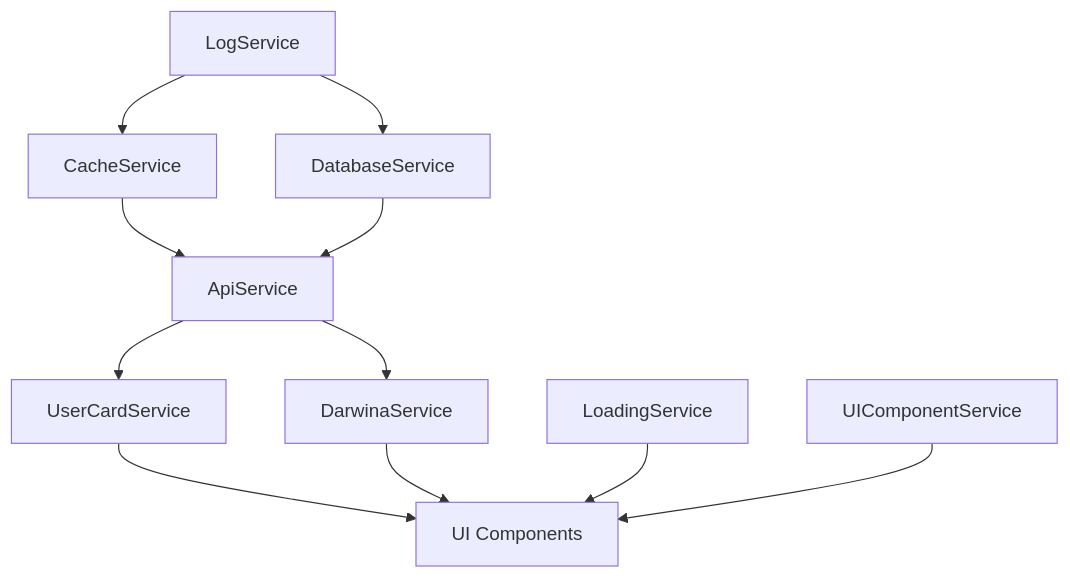
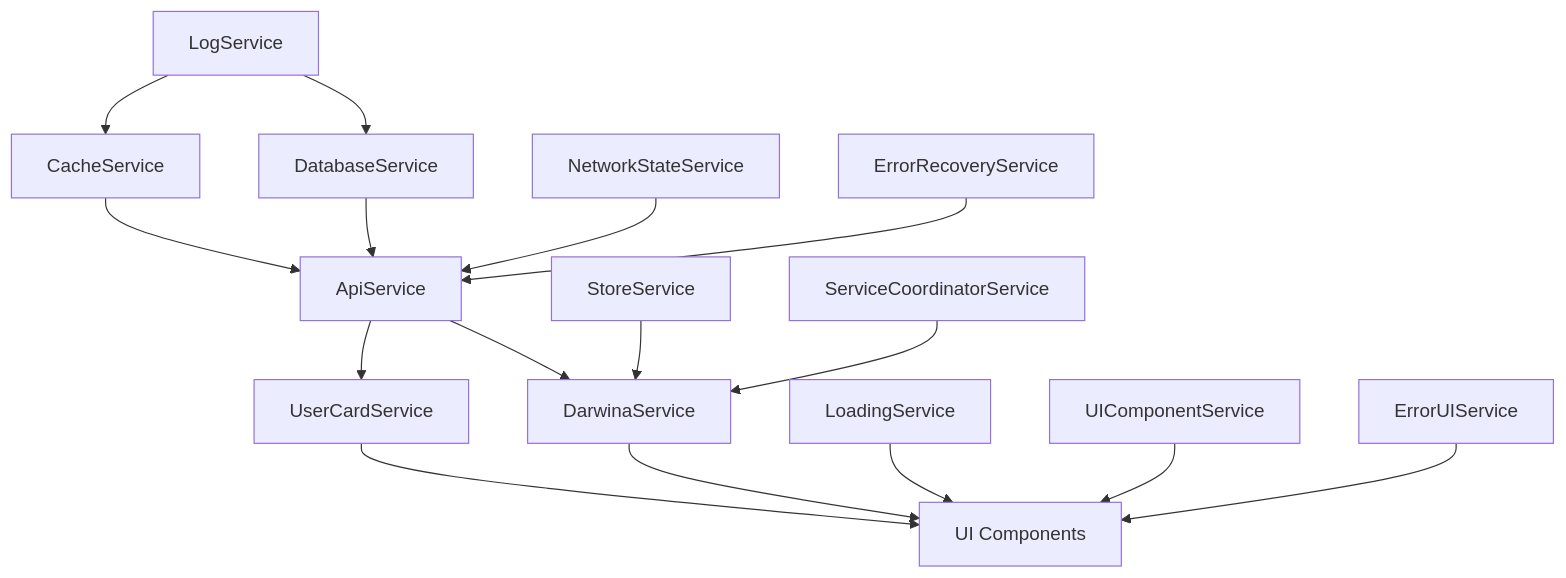
The diagram in connections.md (twilk/Kamila), drawn with Mermaid before and after one commit. The commit also changed other lines of this file and 100 other files, not shown here.

````diff
--- a/connections.md
+++ b/connections.md
@@ -72,13 +88,18 @@
 ```mermaid
 graph TD
     A[LogService] --> B[CacheService]
     A --> C[DatabaseService]
     B --> D[ApiService]
     C --> D
     D --> E[UserCardService]
     D --> F[DarwinaService]
     E --> H[UI Components]
     F --> H
     I[LoadingService] --> H
     J[UIComponentService] --> H
+    K[NetworkStateService] --> D
+    L[ErrorUIService] --> H
+    M[StoreService] --> F
+    N[ErrorRecoveryService] --> D
+    O[ServiceCoordinatorService] --> F
 ```
````
